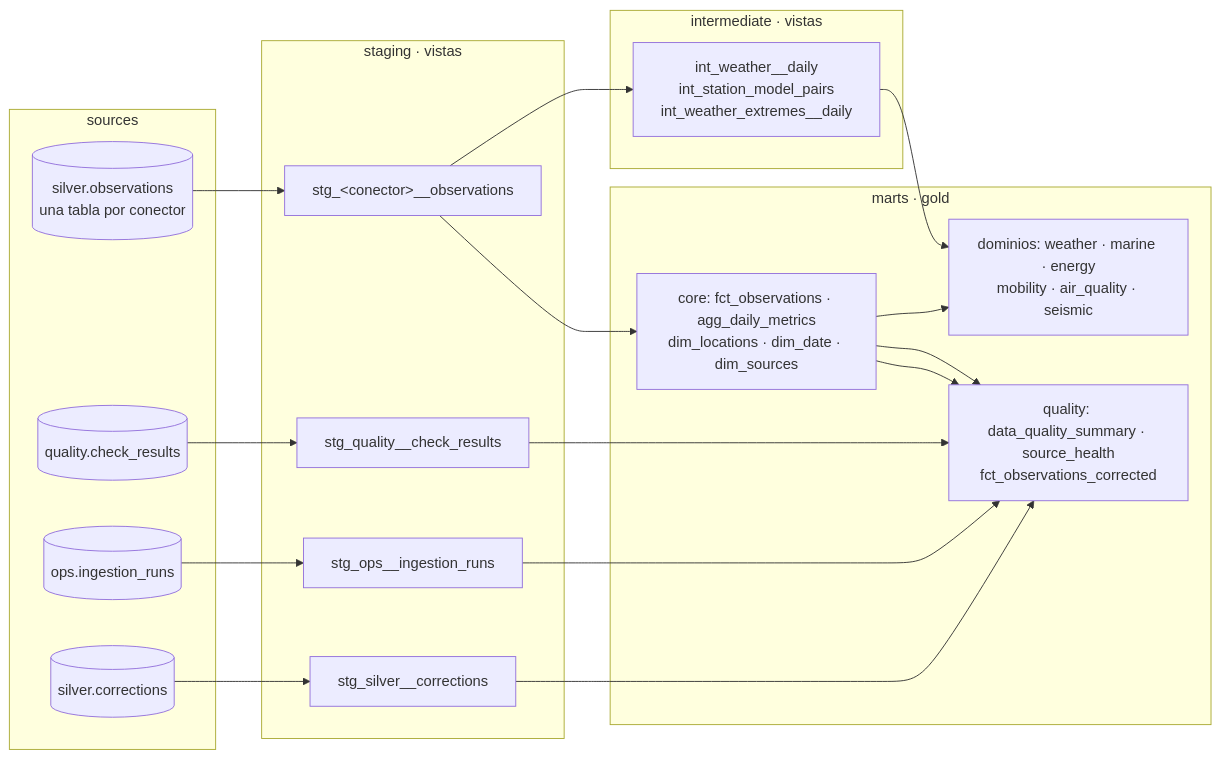
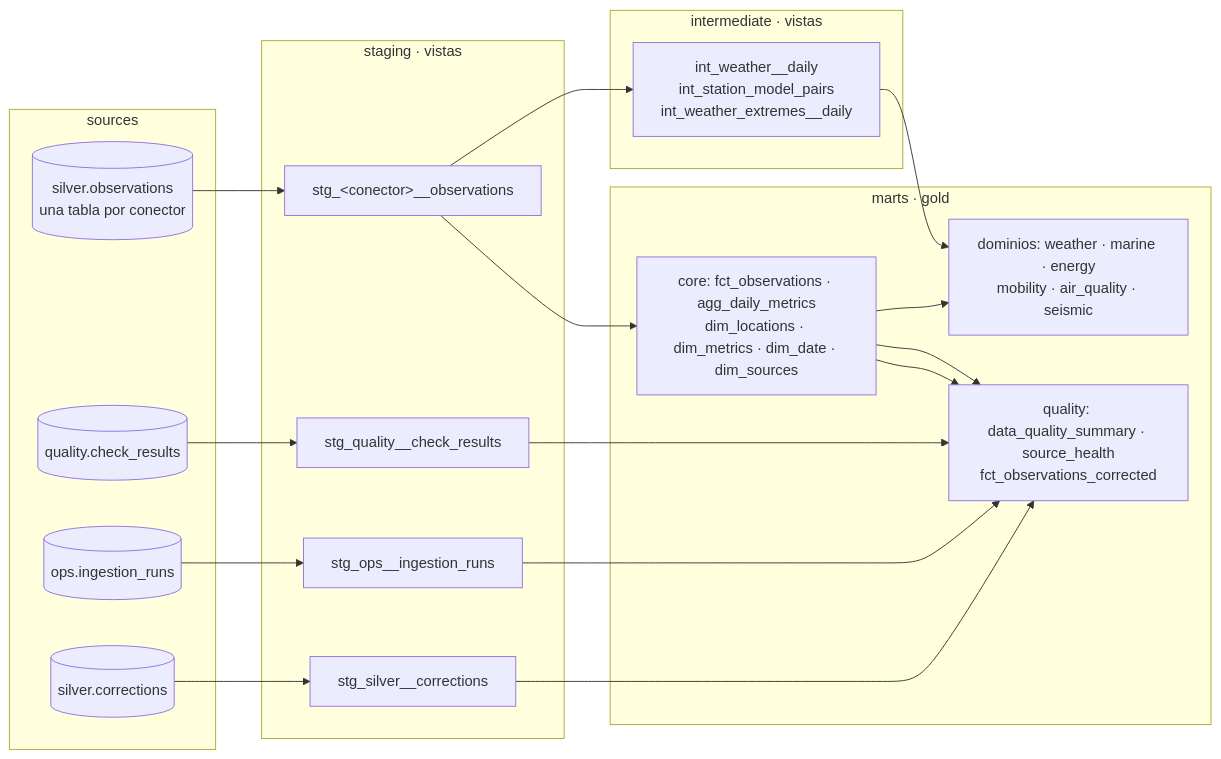
One commit to AlexandreColl/MallorcaDataPlatform changed the diagram in dbt/README.md. Above: the diagram before and after it, drawn with Mermaid. The commit also changed other lines of this file and 5 other files, not shown here.

````diff
--- a/dbt/README.md
+++ b/dbt/README.md
@@ -7,30 +7,30 @@
 ```mermaid
 flowchart LR
     subgraph sources[sources]
         S1[(silver.observations<br/>una tabla por conector)]
         S2[(quality.check_results)]
         S3[(ops.ingestion_runs)]
         S4[(silver.corrections)]
     end
     subgraph staging[staging · vistas]
         ST[stg_&lt;conector&gt;__observations]
         SQ[stg_quality__check_results]
         SO[stg_ops__ingestion_runs]
         SC[stg_silver__corrections]
     end
     subgraph intermediate[intermediate · vistas]
         IW[int_weather__daily<br/>int_station_model_pairs<br/>int_weather_extremes__daily]
     end
     subgraph marts[marts · gold]
-        C[core: fct_observations · agg_daily_metrics<br/>dim_locations · dim_date · dim_sources]
+        C[core: fct_observations · agg_daily_metrics<br/>dim_locations · dim_metrics · dim_date · dim_sources]
         D[dominios: weather · marine · energy<br/>mobility · air_quality · seismic]
         Q[quality: data_quality_summary · source_health<br/>fct_observations_corrected]
     end
     S1 --> ST --> IW --> D
     ST --> C --> D
     S2 --> SQ --> Q
     S3 --> SO --> Q
     S4 --> SC --> Q
     C --> Q
     C --> Q
 ```
````
